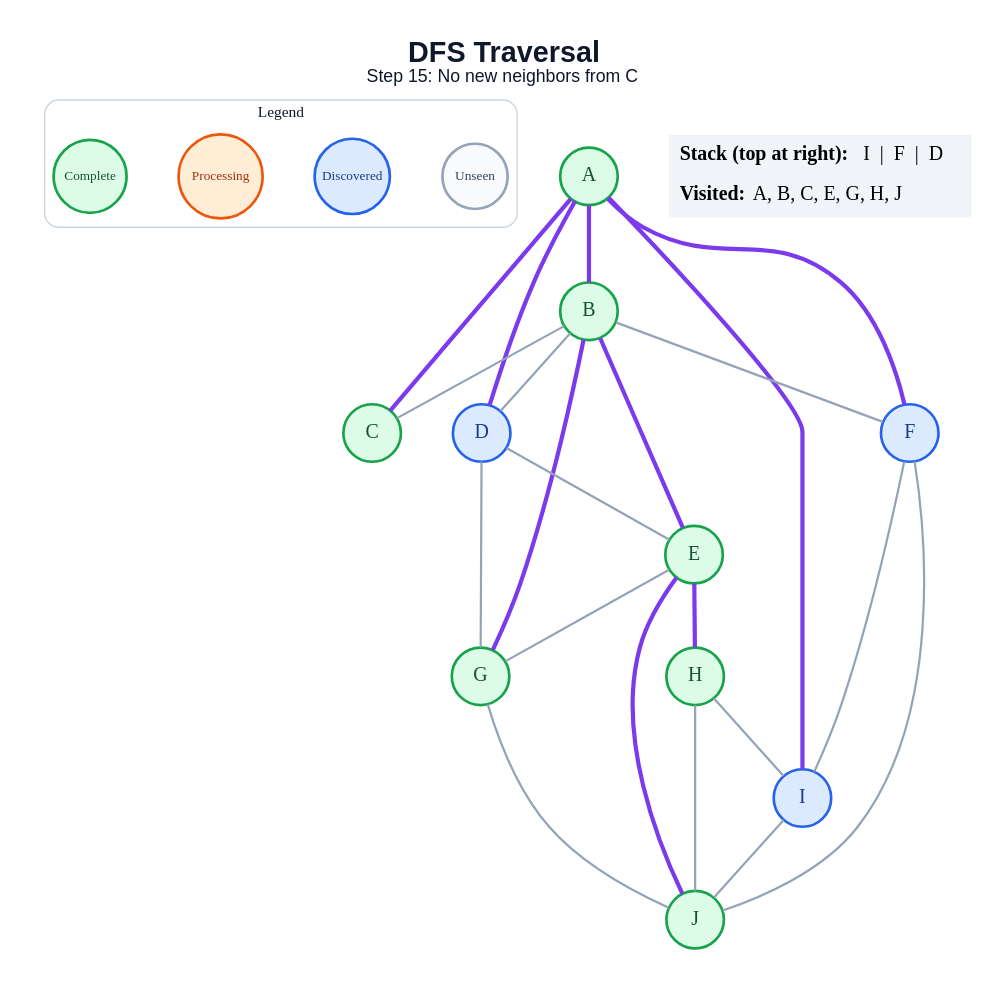
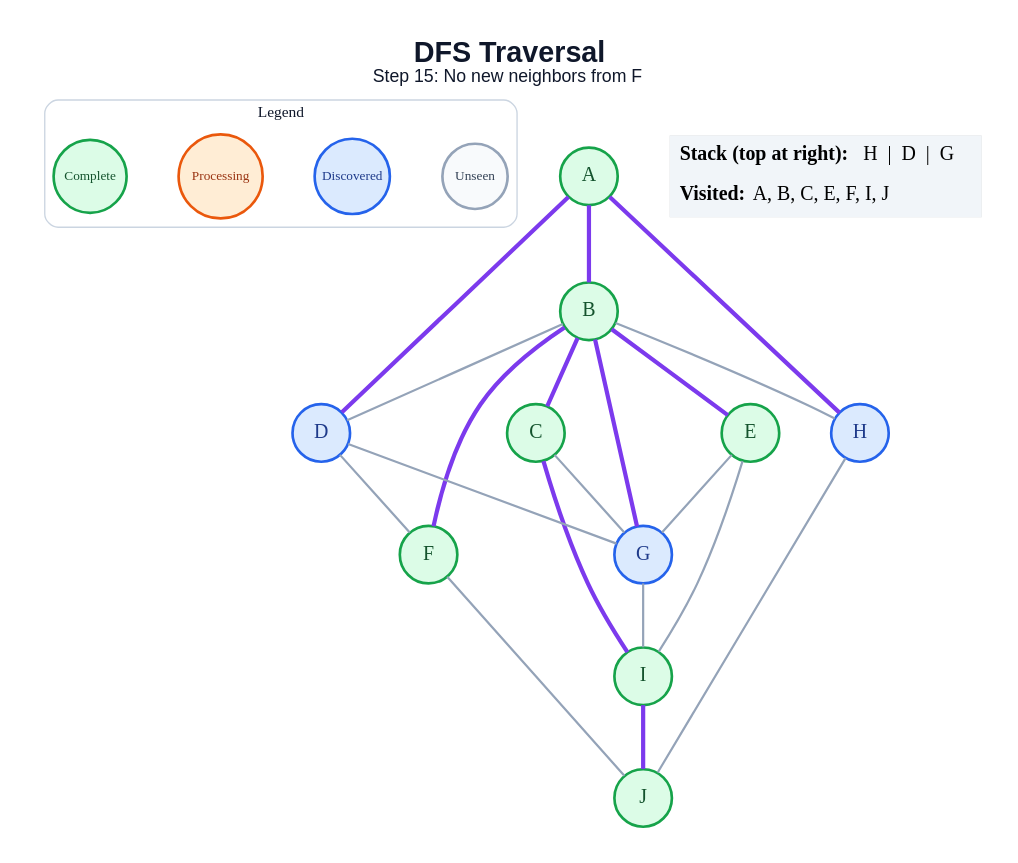
One commit to amanghodawala9/ai-slop changed the diagram in generated/dfs/step_15.dot. Above: the diagram before and after it, drawn with Graphviz. The commit also changed 178 other files, not shown here.

```diff
--- a/generated/dfs/step_15.dot
+++ b/generated/dfs/step_15.dot
@@ -1,50 +1,48 @@
 graph traversal {
   graph [layout=dot, rankdir=TB, bgcolor="#FFFFFF", pad="0.35", nodesep="0.65", ranksep="0.8", fontname="Arial"];
   node [shape=circle, style="filled", fontname="Arial Bold", fontsize=18, width=0.72, fixedsize=true, penwidth=2.4];
   edge [color="#94A3B8", penwidth=2.0];
-  label=<<B>DFS Traversal</B><BR/><FONT POINT-SIZE="16">Step 15: No new neighbors from C</FONT>>; labelloc="t"; fontsize=26; fontname="Arial"; fontcolor="#0F172A";
+  label=<<B>DFS Traversal</B><BR/><FONT POINT-SIZE="16">Step 15: No new neighbors from F</FONT>>; labelloc="t"; fontsize=26; fontname="Arial"; fontcolor="#0F172A";
   subgraph cluster_legend { label="Legend"; color="#CBD5E1"; penwidth=1.2; style="rounded"; fontsize=14; fontname="Arial Bold";
     key_unseen [label="Unseen", fillcolor="#F8FAFC", color="#94A3B8", fontcolor="#334155", fontsize=12, width=0.82];
     key_frontier [label="Discovered", fillcolor="#DBEAFE", color="#2563EB", fontcolor="#1E3A8A", fontsize=12, width=0.95];
     key_current [label="Processing", fillcolor="#FFEDD5", color="#EA580C", fontcolor="#9A3412", fontsize=12, width=1.05];
     key_done [label="Complete", fillcolor="#DCFCE7", color="#16A34A", fontcolor="#14532D", fontsize=12, width=0.92];
     { rank=same; key_unseen; key_frontier; key_current; key_done; }
   }
   A [fillcolor="#DCFCE7", color="#16A34A", fontcolor="#14532D"];
   B [fillcolor="#DCFCE7", color="#16A34A", fontcolor="#14532D"];
   C [fillcolor="#DCFCE7", color="#16A34A", fontcolor="#14532D"];
   D [fillcolor="#DBEAFE", color="#2563EB", fontcolor="#1E3A8A"];
   E [fillcolor="#DCFCE7", color="#16A34A", fontcolor="#14532D"];
-  F [fillcolor="#DBEAFE", color="#2563EB", fontcolor="#1E3A8A"];
-  G [fillcolor="#DCFCE7", color="#16A34A", fontcolor="#14532D"];
-  H [fillcolor="#DCFCE7", color="#16A34A", fontcolor="#14532D"];
-  I [fillcolor="#DBEAFE", color="#2563EB", fontcolor="#1E3A8A"];
+  F [fillcolor="#DCFCE7", color="#16A34A", fontcolor="#14532D"];
+  G [fillcolor="#DBEAFE", color="#2563EB", fontcolor="#1E3A8A"];
+  H [fillcolor="#DBEAFE", color="#2563EB", fontcolor="#1E3A8A"];
+  I [fillcolor="#DCFCE7", color="#16A34A", fontcolor="#14532D"];
   J [fillcolor="#DCFCE7", color="#16A34A", fontcolor="#14532D"];
   A -- B [color="#7C3AED", penwidth=3.8];
-  A -- C [color="#7C3AED", penwidth=3.8];
   A -- D [color="#7C3AED", penwidth=3.8];
-  A -- F [color="#7C3AED", penwidth=3.8];
-  A -- I [color="#7C3AED", penwidth=3.8];
-  B -- C;
+  A -- H [color="#7C3AED", penwidth=3.8];
+  B -- C [color="#7C3AED", penwidth=3.8];
   B -- D;
   B -- E [color="#7C3AED", penwidth=3.8];
-  B -- F;
+  B -- F [color="#7C3AED", penwidth=3.8];
   B -- G [color="#7C3AED", penwidth=3.8];
-  D -- E;
+  B -- H;
+  C -- G;
+  C -- I [color="#7C3AED", penwidth=3.8];
+  D -- F;
   D -- G;
   E -- G;
-  E -- H [color="#7C3AED", penwidth=3.8];
-  E -- J [color="#7C3AED", penwidth=3.8];
-  F -- I;
+  E -- I;
   F -- J;
-  G -- J;
-  H -- I;
+  G -- I;
   H -- J;
-  I -- J;
+  I -- J [color="#7C3AED", penwidth=3.8];
   status [shape=plain, fixedsize=false, width=0, height=0, margin=0, label=<
     <TABLE BORDER="0" CELLBORDER="0" CELLPADDING="7" BGCOLOR="#F1F5F9">
-      <TR><TD ALIGN="LEFT"><B>Stack (top at right):</B> I  |  F  |  D</TD></TR>
-      <TR><TD ALIGN="LEFT"><B>Visited:</B> A, B, C, E, G, H, J</TD></TR>
+      <TR><TD ALIGN="LEFT"><B>Stack (top at right):</B> H  |  D  |  G</TD></TR>
+      <TR><TD ALIGN="LEFT"><B>Visited:</B> A, B, C, E, F, I, J</TD></TR>
     </TABLE>
   >];
 }
```
